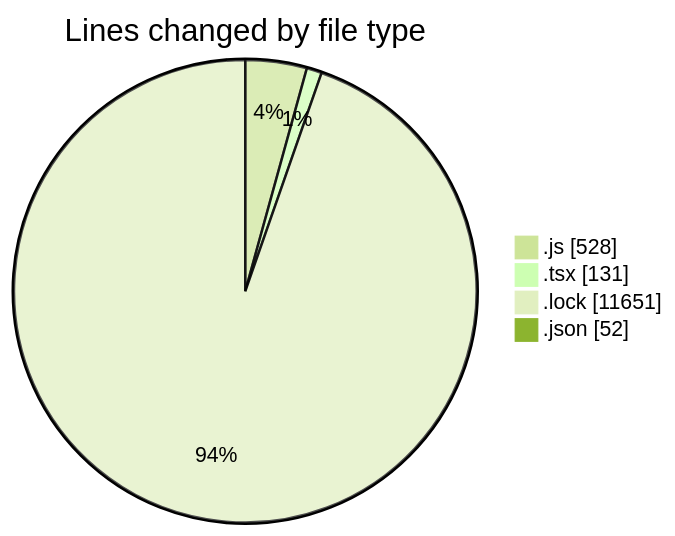
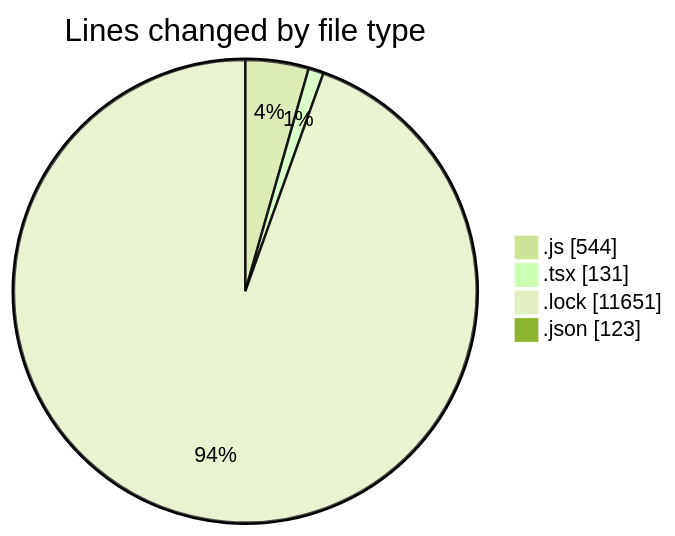
The first of 2 diagrams in 2026-01-13/cda/README.md (momahboobian/code-tracking), drawn with Mermaid (forest theme) before and after one commit. The commit also changed other lines of this file and 1 other file, not shown here.

````diff
--- a/2026-01-13/cda/README.md
+++ b/2026-01-13/cda/README.md
@@ -24,8 +25,8 @@
 ```mermaid
 pie showData
 title Lines changed by file type
-".js" : 528
+".js" : 544
 ".tsx" : 131
 ".lock" : 11651
-".json" : 52
+".json" : 123
 ```
````
